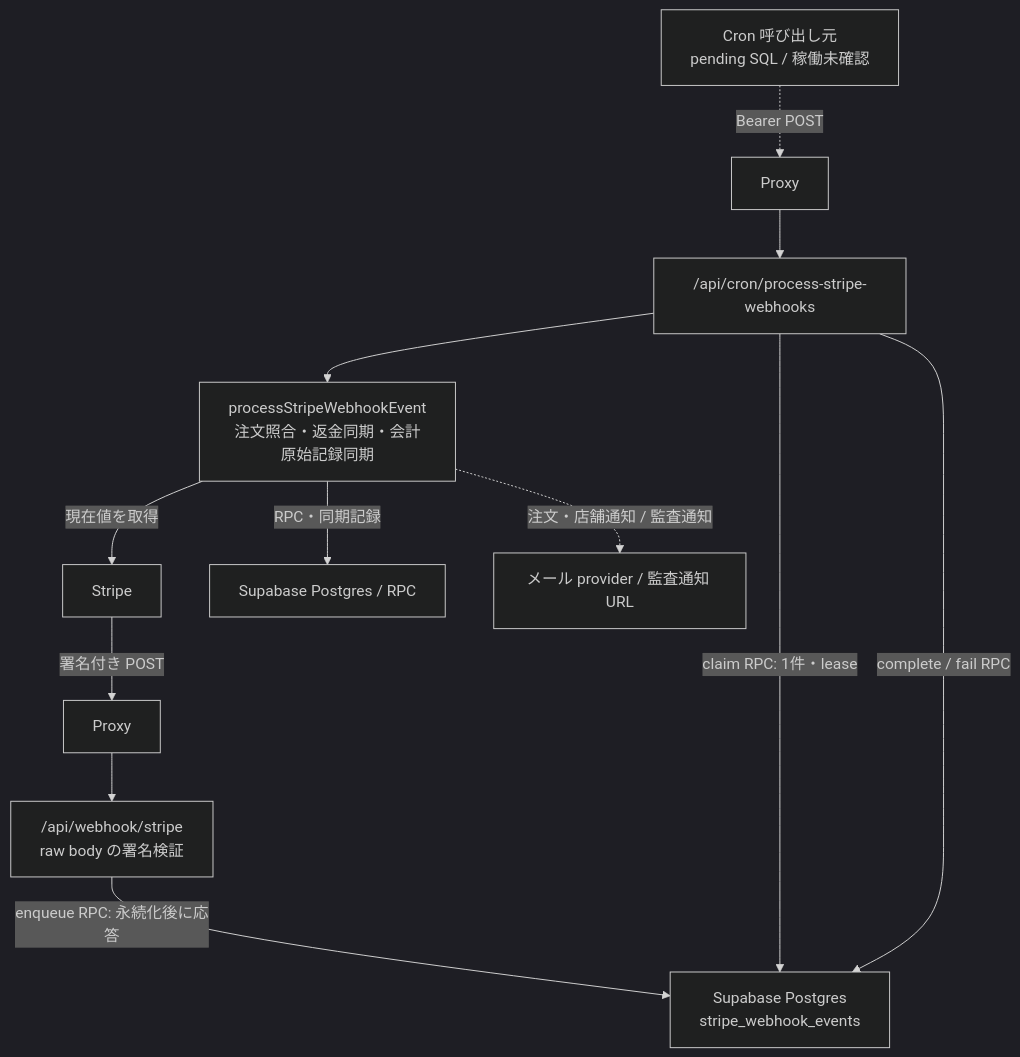
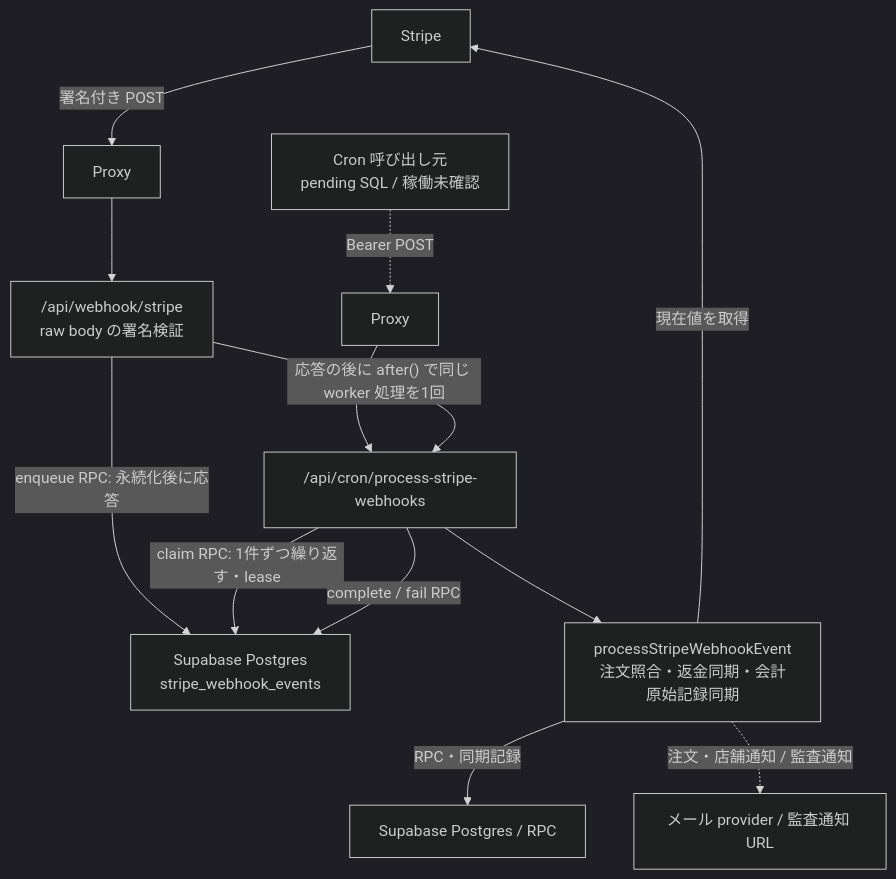
Before and after one commit to ChocoWork/o_official: the second of 3 diagrams in docs/03_BasicDesign/architecture/system-overview.md, drawn with Mermaid (dark theme). The commit also changed other lines of this file and 11 other files, not shown here.

````diff
--- a/docs/03_BasicDesign/architecture/system-overview.md
+++ b/docs/03_BasicDesign/architecture/system-overview.md
@@ -59,14 +59,15 @@
 ```mermaid
 flowchart TB
   Stripe["Stripe"] -->|署名付き POST| Proxy["Proxy"]
   Proxy --> Receiver["/api/webhook/stripe<br/>raw body の署名検証"]
   Receiver -->|enqueue RPC: 永続化後に応答| Queue["Supabase Postgres<br/>stripe_webhook_events"]
   Caller["Cron 呼び出し元<br/>pending SQL / 稼働未確認"] -.->|Bearer POST| WorkerProxy["Proxy"]
   WorkerProxy --> Worker["/api/cron/process-stripe-webhooks"]
-  Worker -->|claim RPC: 1件・lease| Queue
+  Worker -->|claim RPC: 1件ずつ繰り返す・lease| Queue
   Worker --> Processor["processStripeWebhookEvent<br/>注文照合・返金同期・会計原始記録同期"]
   Processor -->|現在値を取得| Stripe
   Processor -->|RPC・同期記録| DB["Supabase Postgres / RPC"]
   Processor -.->|注文・店舗通知 / 監査通知| Notify["メール provider / 監査通知 URL"]
   Worker -->|complete / fail RPC| Queue
+  Receiver -->|"応答の後に after() で同じ worker 処理を1回"| Worker
 ```
````
